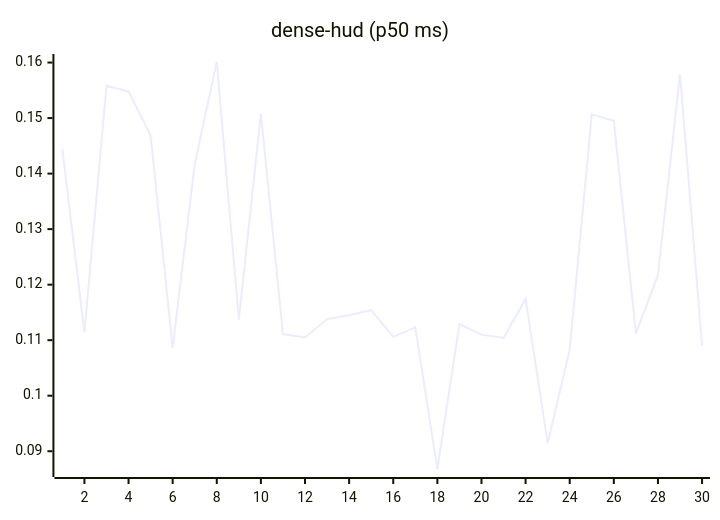
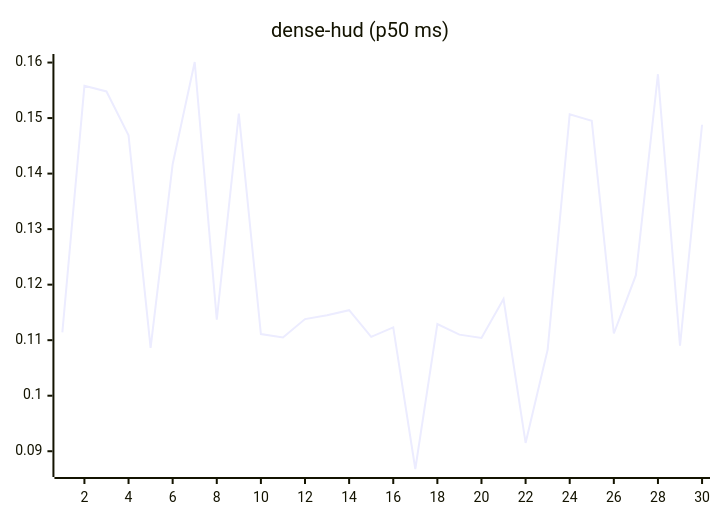
The eighth of 27 diagrams in README.md (josha/Facet), drawn with Mermaid before and after one commit. The commit also changed other lines of this file and 2 other files, not shown here.

````diff
--- a/README.md
+++ b/README.md
@@ -112,6 +112,6 @@
 ```mermaid
 xychart-beta
     title "dense-hud (p50 ms)"
     x-axis 1 --> 30
-    line [0.1444, 0.1114, 0.1558, 0.1548, 0.1469, 0.1086, 0.1417, 0.1601, 0.1137, 0.1508, 0.1111, 0.1105, 0.1138, 0.1145, 0.1154, 0.1106, 0.1123, 0.0868, 0.1129, 0.1110, 0.1104, 0.1174, 0.0915, 0.1083, 0.1507, 0.1495, 0.1112, 0.1217, 0.1579, 0.1090]
+    line [0.1114, 0.1558, 0.1548, 0.1469, 0.1086, 0.1417, 0.1601, 0.1137, 0.1508, 0.1111, 0.1105, 0.1138, 0.1145, 0.1154, 0.1106, 0.1123, 0.0868, 0.1129, 0.1110, 0.1104, 0.1174, 0.0915, 0.1083, 0.1507, 0.1495, 0.1112, 0.1217, 0.1579, 0.1090, 0.1488]
 ```
````
